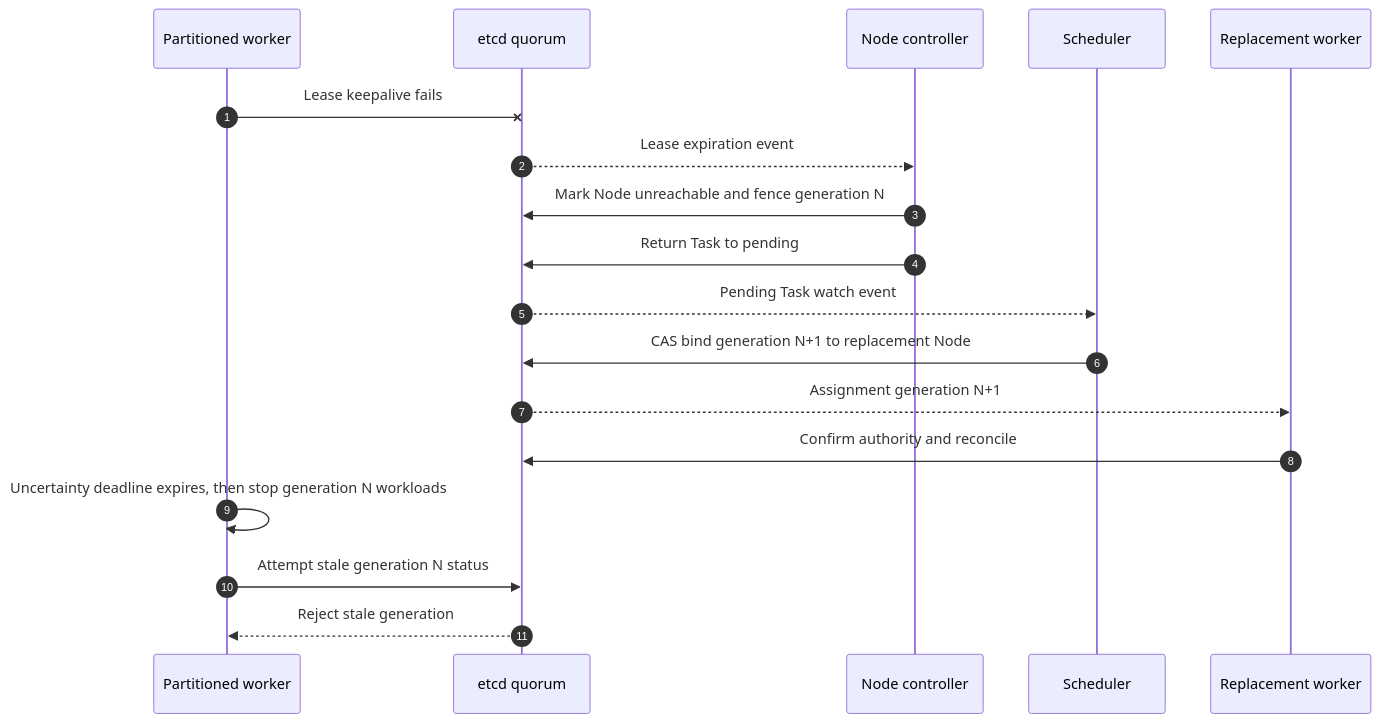
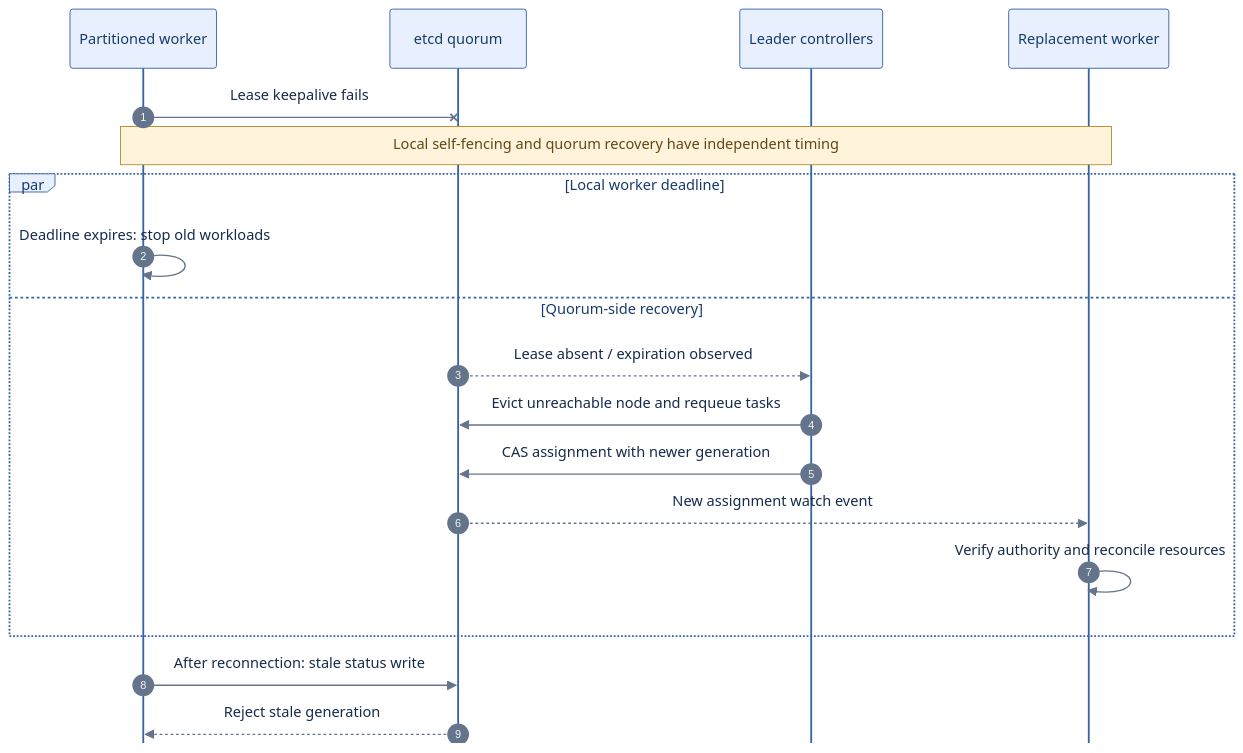
Before and after one commit to santinomarial/Glider: the third of 4 diagrams in docs/architecture/runtime-flows.md, drawn with Mermaid. The commit also changed other lines of this file and 10 other files, not shown here.

Commit message:
Clarify architecture diagrams and add presentation exports

````diff
--- a/docs/architecture/runtime-flows.md
+++ b/docs/architecture/runtime-flows.md
@@ -87,21 +106,25 @@
 ```mermaid
+%%{init: {"theme":"base","themeVariables":{"fontFamily":"Arial, sans-serif","actorBkg":"#e8f0ff","actorBorder":"#3563a4","actorTextColor":"#183b6a","signalColor":"#64748b","signalTextColor":"#172b4d","noteBkgColor":"#fff4db","noteBorderColor":"#b9892a","noteTextColor":"#634615"},"sequence":{"mirrorActors":false,"messageMargin":26}}}%%
 sequenceDiagram
+    accTitle: Partition recovery — independent fencing and reassignment
+    accDescr: An old worker stops after its local uncertainty deadline while the quorum side expires its lease and assigns a newer generation. These clocks are independent. Stale writes are rejected.
     autonumber
     participant OLD as Partitioned worker
     participant ETCD as etcd quorum
-    participant NC as Node controller
-    participant SCH as Scheduler
+    participant CTRL as Leader controllers
     participant NEW as Replacement worker
 
     OLD-xETCD: Lease keepalive fails
-    ETCD-->>NC: Lease expiration event
-    NC->>ETCD: Mark Node unreachable and fence generation N
-    NC->>ETCD: Return Task to pending
-    ETCD-->>SCH: Pending Task watch event
-    SCH->>ETCD: CAS bind generation N+1 to replacement Node
-    ETCD-->>NEW: Assignment generation N+1
-    NEW->>ETCD: Confirm authority and reconcile
-    OLD->>OLD: Uncertainty deadline expires, then stop generation N workloads
-    OLD->>ETCD: Attempt stale generation N status
+    Note over OLD,NEW: Local self-fencing and quorum recovery have independent timing
+    par Local worker deadline
+        OLD->>OLD: Deadline expires: stop old workloads
+    and Quorum-side recovery
+        ETCD-->>CTRL: Lease absent / expiration observed
+        CTRL->>ETCD: Evict unreachable node and requeue tasks
+        CTRL->>ETCD: CAS assignment with newer generation
+        ETCD-->>NEW: New assignment watch event
+        NEW->>NEW: Verify authority and reconcile resources
+    end
+    OLD->>ETCD: After reconnection: stale status write
     ETCD-->>OLD: Reject stale generation
 ```
````
